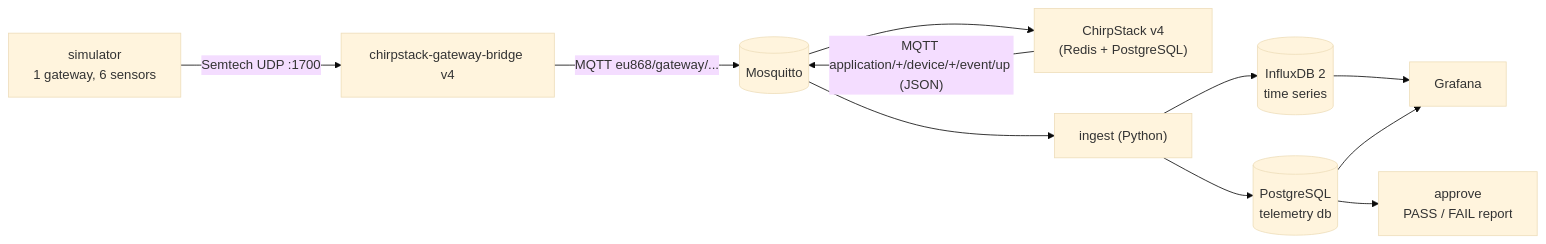
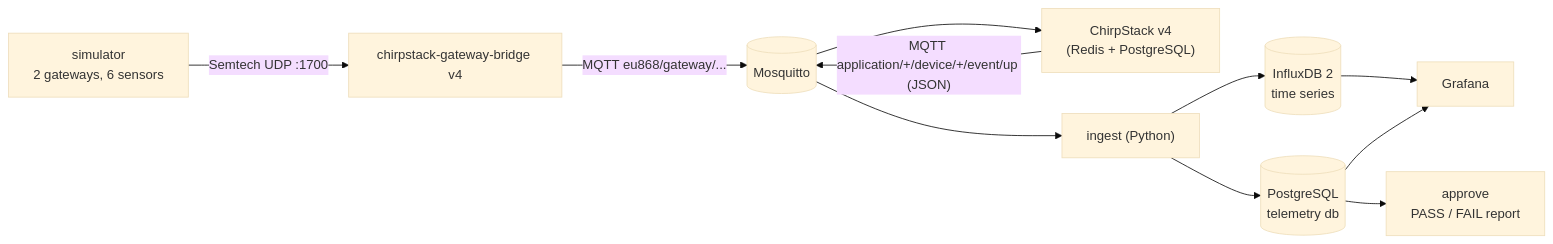
The diagram in README.md (Dante-138/eng-iot-telemetry-pipeline), drawn with Mermaid (base theme) before and after one commit. The commit also changed other lines of this file and 9 other files, not shown here.

````diff
--- a/README.md
+++ b/README.md
@@ -12,13 +12,13 @@
 ```mermaid
 flowchart LR
-    S["simulator<br/>1 gateway, 6 sensors"] -->|"Semtech UDP :1700"| B["chirpstack-gateway-bridge v4"]
+    S["simulator<br/>2 gateways, 6 sensors"] -->|"Semtech UDP :1700"| B["chirpstack-gateway-bridge v4"]
     B -->|"MQTT eu868/gateway/..."| M[("Mosquitto")]
     M --> C["ChirpStack v4<br/>(Redis + PostgreSQL)"]
     C -->|"MQTT application/+/device/+/event/up (JSON)"| M
     M --> I["ingest (Python)"]
     I --> T[("InfluxDB 2<br/>time series")]
     I --> P[("PostgreSQL<br/>telemetry db")]
     T --> G["Grafana"]
     P --> G
     P --> A["approve<br/>PASS / FAIL report"]
 ```
````
